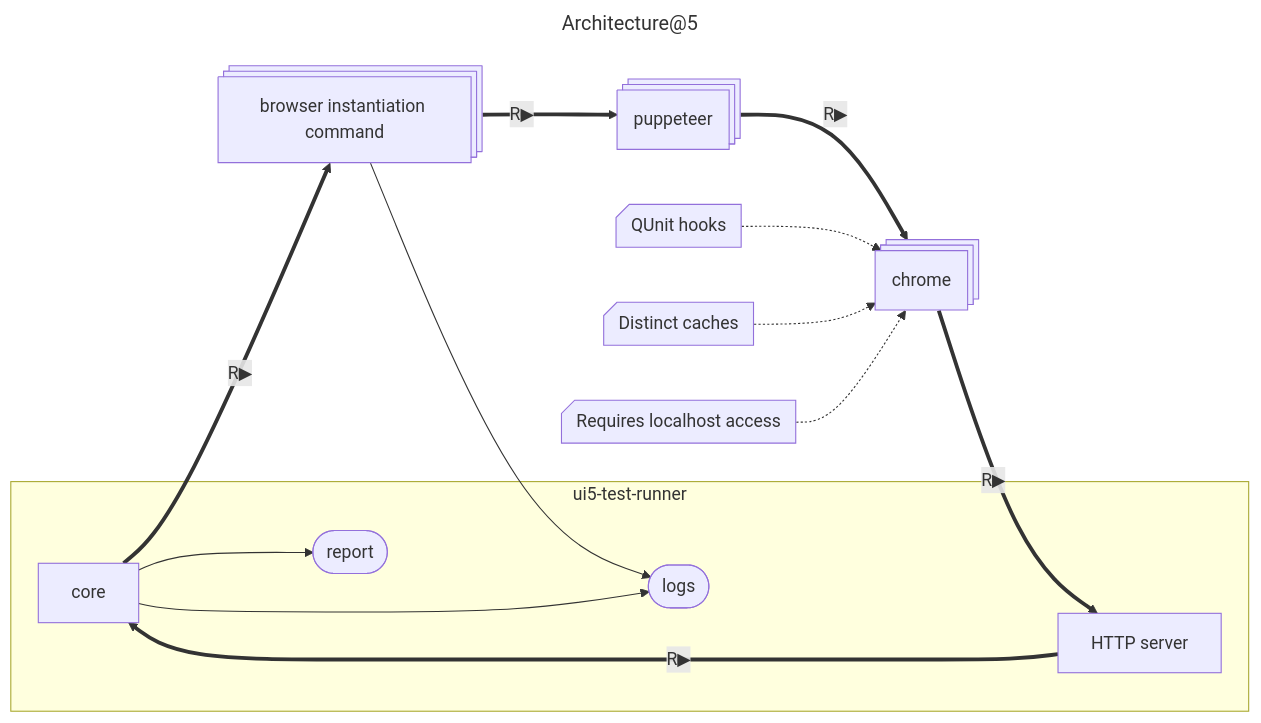
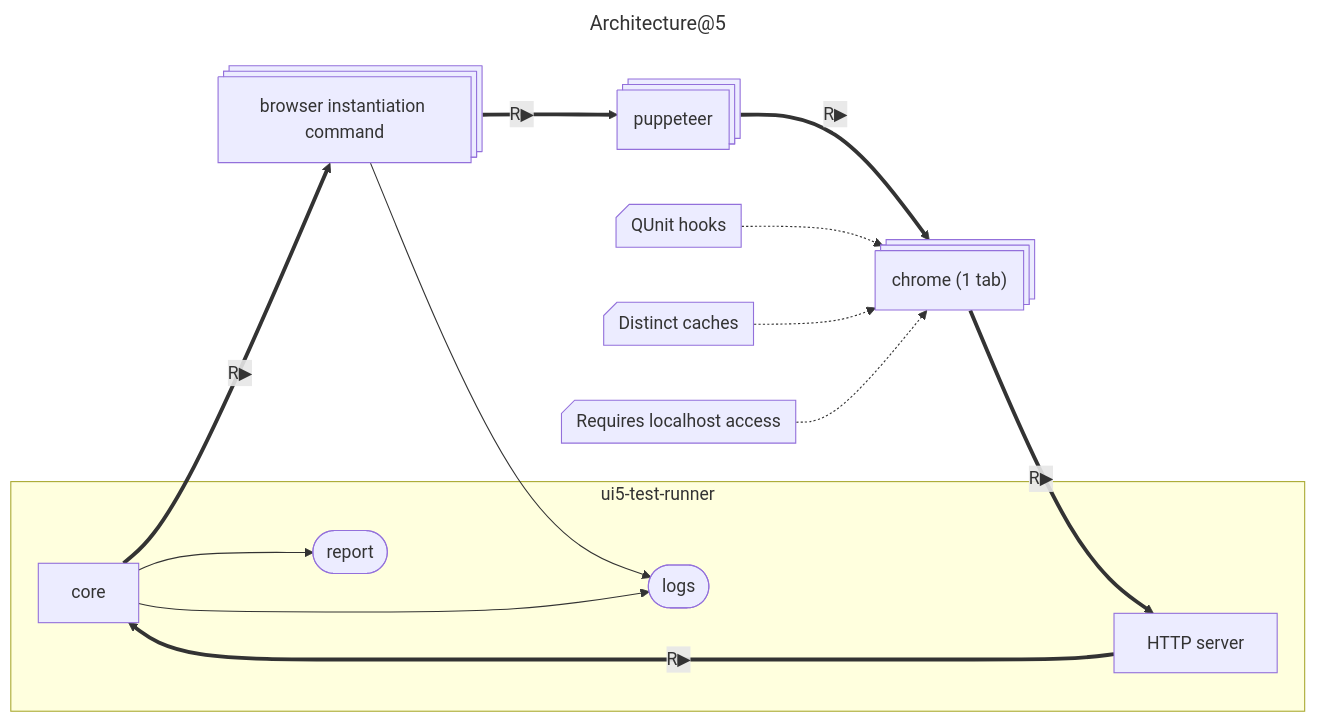
One commit to ArnaudBuchholz/ui5-test-runner changed the first of 4 diagrams in docs/decks/2026 DCOM.md. Above: the diagram before and after it, drawn with Mermaid. The commit also changed other lines of this file, not shown here.

Commit message:
doc: adds diagrams

````diff
--- a/docs/decks/2026 DCOM.md
+++ b/docs/decks/2026 DCOM.md
@@ -51,31 +51,31 @@
 ```mermaid
 ---
-title: "Architecture@5 "
+title: "Architecture@5"
 ---
 flowchart LR
   subgraph ui5-test-runner
     UTR_CORE[core]
     UTR_SRV[HTTP server]
     UTR_DB_LOG([logs])
     UTR_DB_REPORT([report])
   end
 
   BRW_CMD@{ shape: procs, label: "browser instantiation command"}
   BRW_AUTO@{ shape: procs, label: "puppeteer" }
-  BRW_PAGE@{ shape: procs, label: "chrome" }
+  BRW_PAGE@{ shape: procs, label: "chrome (1 tab)" }
 
   UTR_CORE ==>|R▶| BRW_CMD
   BRW_CMD ==>|R▶| BRW_AUTO
   BRW_AUTO ==>|R▶| BRW_PAGE
   BRW_PAGE ==>|R▶| UTR_SRV
 
   BRW_CMD --> UTR_DB_LOG
 
   UTR_CORE --> UTR_DB_LOG
   UTR_CORE --> UTR_DB_REPORT
   UTR_SRV ==>|R▶| UTR_CORE
 
   COMMENT_QUNIT@{ shape: notch-rect, label: "QUnit hooks" } -.-> BRW_PAGE
   COMMENT_NO_CACHE@{ shape: notch-rect, label: "Distinct caches" } -.-> BRW_PAGE
   COMMENT_LOCALHOST@{ shape: notch-rect, label: "Requires localhost access" } -.-> BRW_PAGE
 ```
````
